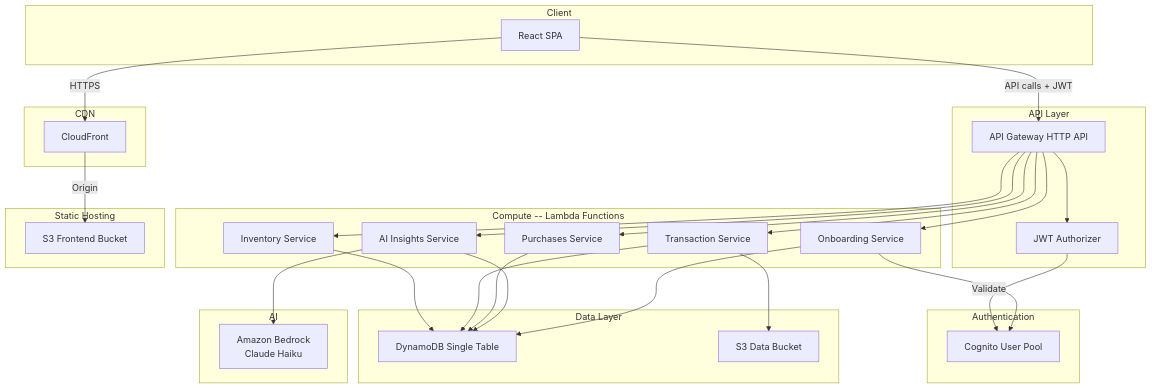
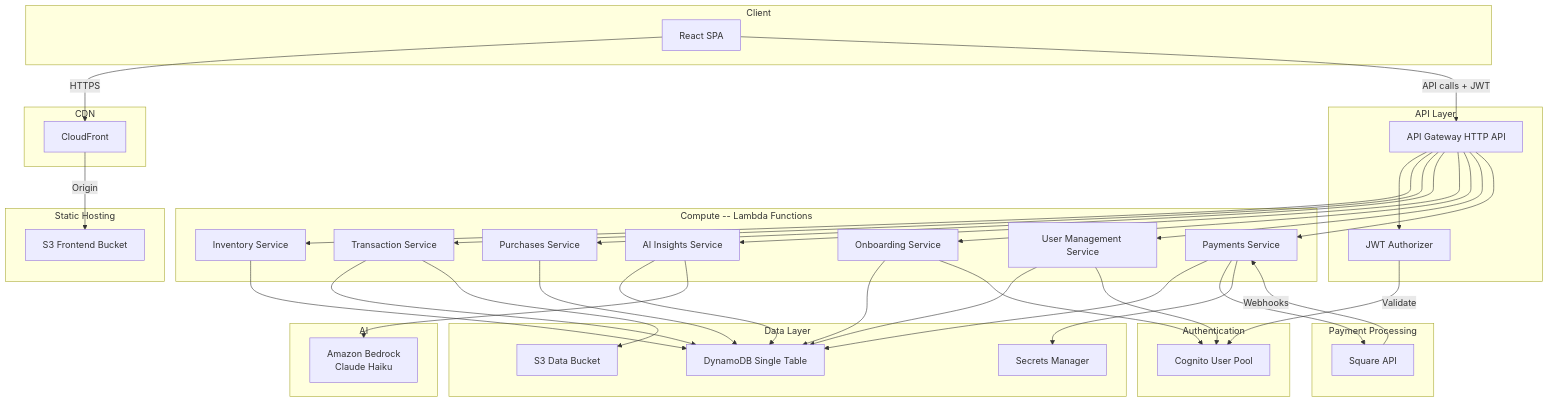
Before and after one commit to davidballad/crm_ai: the first of 9 diagrams in docs/architecture.md, drawn with Mermaid. The commit also changed other lines of this file and 16 other files, not shown here.

First line of the commit message:
Add multi-user tenants, Square payment integration, and CSV inventory import

````diff
--- a/docs/architecture.md
+++ b/docs/architecture.md
@@ -5,59 +5,74 @@
 ```mermaid
 graph TB
   subgraph client [Client]
     Browser["React SPA"]
   end
 
   subgraph cdn [CDN]
     CloudFront["CloudFront"]
   end
 
   subgraph auth [Authentication]
     Cognito["Cognito User Pool"]
   end
 
   subgraph api [API Layer]
     APIGW["API Gateway HTTP API"]
     JWTAuth["JWT Authorizer"]
   end
 
   subgraph compute [Compute -- Lambda Functions]
     Inventory["Inventory Service"]
     Transactions["Transaction Service"]
     Purchases["Purchases Service"]
     AIInsights["AI Insights Service"]
     Onboarding["Onboarding Service"]
+    Users["User Management Service"]
+    Payments["Payments Service"]
   end
 
   subgraph data [Data Layer]
     DynamoDB["DynamoDB Single Table"]
     S3Data["S3 Data Bucket"]
+    Secrets["Secrets Manager"]
   end
 
   subgraph ai [AI]
     Bedrock["Amazon Bedrock\nClaude Haiku"]
+  end
+
+  subgraph payments_ext [Payment Processing]
+    Square["Square API"]
   end
 
   subgraph hosting [Static Hosting]
     S3Frontend["S3 Frontend Bucket"]
   end
 
   Browser -->|HTTPS| CloudFront
   CloudFront -->|Origin| S3Frontend
   Browser -->|"API calls + JWT"| APIGW
   APIGW --> JWTAuth
   JWTAuth -->|Validate| Cognito
   APIGW --> Inventory
   APIGW --> Transactions
   APIGW --> Purchases
   APIGW --> AIInsights
   APIGW --> Onboarding
+  APIGW --> Users
+  APIGW --> Payments
   Inventory --> DynamoDB
   Transactions --> DynamoDB
   Purchases --> DynamoDB
   AIInsights --> DynamoDB
   AIInsights --> Bedrock
   Onboarding --> DynamoDB
   Onboarding --> Cognito
+  Users --> DynamoDB
+  Users --> Cognito
+  Payments --> DynamoDB
+  Payments --> Square
+  Payments --> Secrets
+  Square -->|Webhooks| Payments
   Transactions --> S3Data
 ```
````
